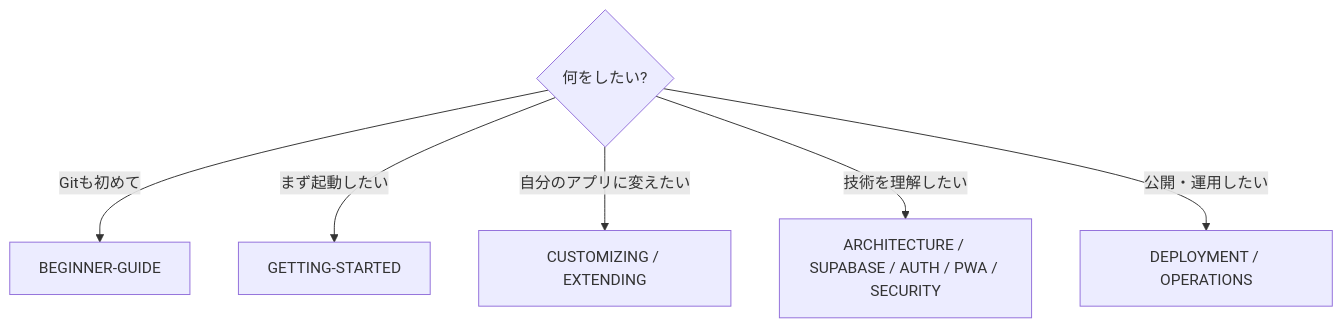
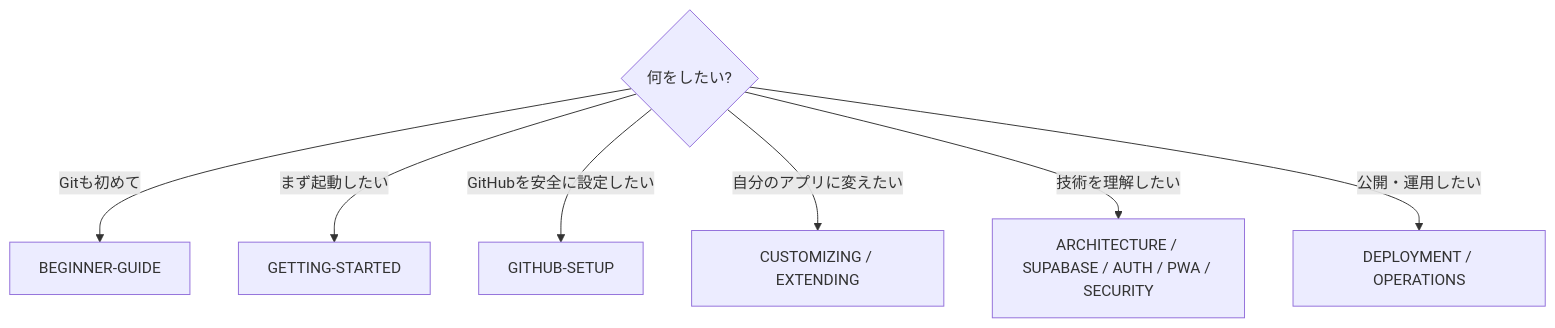
The fourth of 4 diagrams in README.md (k-systems202208/nextjs-supabase-vercel-webapp-template), drawn with Mermaid before and after one commit. The commit also changed other lines of this file and 7 other files, not shown here.

````diff
--- a/README.md
+++ b/README.md
@@ -170,9 +165,10 @@
 ```mermaid
 flowchart TD
     Q{"何をしたい?"}
     Q -->|"Gitも初めて"| B["BEGINNER-GUIDE"]
     Q -->|"まず起動したい"| G["GETTING-STARTED"]
+    Q -->|"GitHubを安全に設定したい"| H["GITHUB-SETUP"]
     Q -->|"自分のアプリに変えたい"| C["CUSTOMIZING / EXTENDING"]
     Q -->|"技術を理解したい"| A["ARCHITECTURE / SUPABASE / AUTH / PWA / SECURITY"]
     Q -->|"公開・運用したい"| O["DEPLOYMENT / OPERATIONS"]
 ```
````
